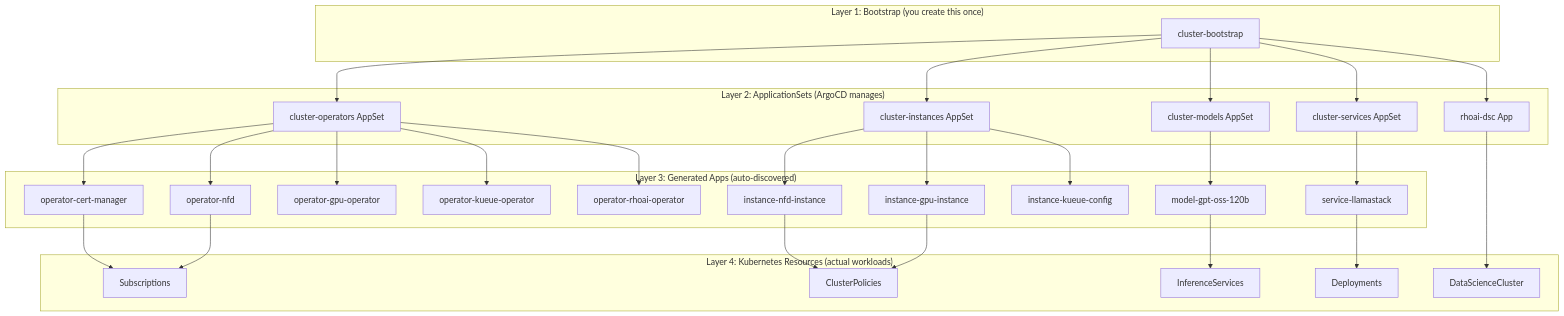
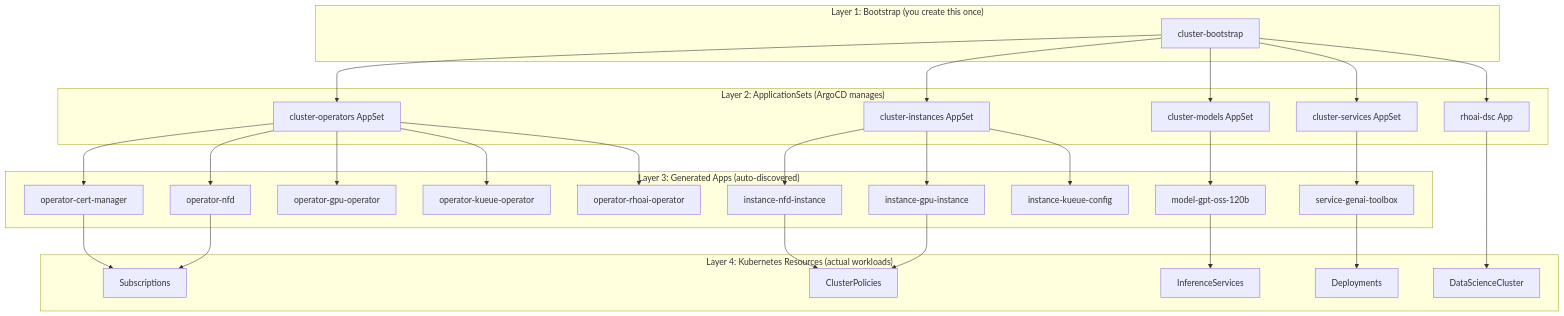
Before and after one commit to rrbanda/rhoai-deploy-gitops: the second of 2 diagrams in docs/concepts/app-of-apps.md, drawn with Mermaid. The commit also changed other lines of this file and 4 other files, not shown here.

````diff
--- a/docs/concepts/app-of-apps.md
+++ b/docs/concepts/app-of-apps.md
@@ -92,60 +92,60 @@
 ```mermaid
 graph TD
   subgraph layer1 ["Layer 1: Bootstrap (you create this once)"]
     CB["cluster-bootstrap"]
   end
 
   subgraph layer2 ["Layer 2: ApplicationSets (ArgoCD manages)"]
     OAS["cluster-operators AppSet"]
     IAS["cluster-instances AppSet"]
     MAS["cluster-models AppSet"]
     SAS["cluster-services AppSet"]
     DSC["rhoai-dsc App"]
   end
 
   subgraph layer3 ["Layer 3: Generated Apps (auto-discovered)"]
     O1["operator-cert-manager"]
     O2["operator-nfd"]
     O3["operator-gpu-operator"]
     O4["operator-kueue-operator"]
     O5["operator-rhoai-operator"]
     I1["instance-nfd-instance"]
     I2["instance-gpu-instance"]
     I3["instance-kueue-config"]
     M1["model-gpt-oss-120b"]
-    S1["service-llamastack"]
+    S1["service-genai-toolbox"]
   end
 
   subgraph layer4 ["Layer 4: Kubernetes Resources (actual workloads)"]
     R1["Subscriptions"]
     R2["ClusterPolicies"]
     R3["DataScienceCluster"]
     R4["InferenceServices"]
     R5["Deployments"]
   end
 
   CB --> OAS
   CB --> IAS
   CB --> MAS
   CB --> SAS
   CB --> DSC
 
   OAS --> O1
   OAS --> O2
   OAS --> O3
   OAS --> O4
   OAS --> O5
   IAS --> I1
   IAS --> I2
   IAS --> I3
   MAS --> M1
   SAS --> S1
   DSC --> R3
 
   O1 --> R1
   O2 --> R1
   I1 --> R2
   I2 --> R2
   M1 --> R4
   S1 --> R5
 ```
````
